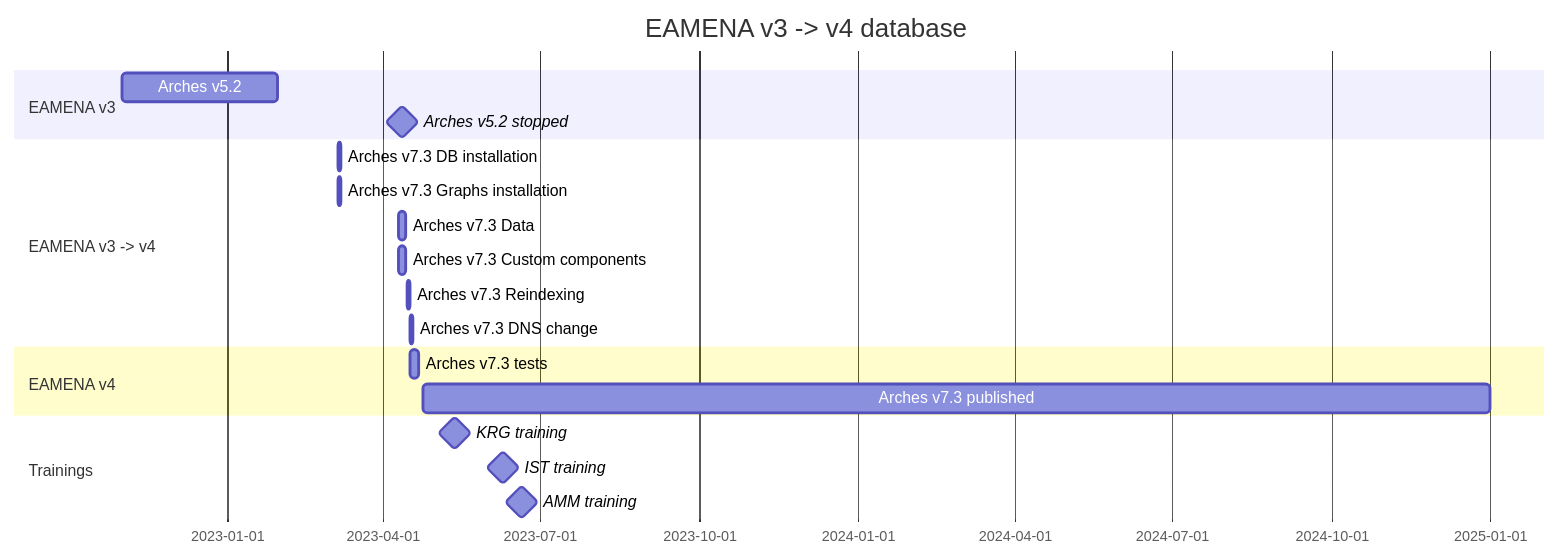
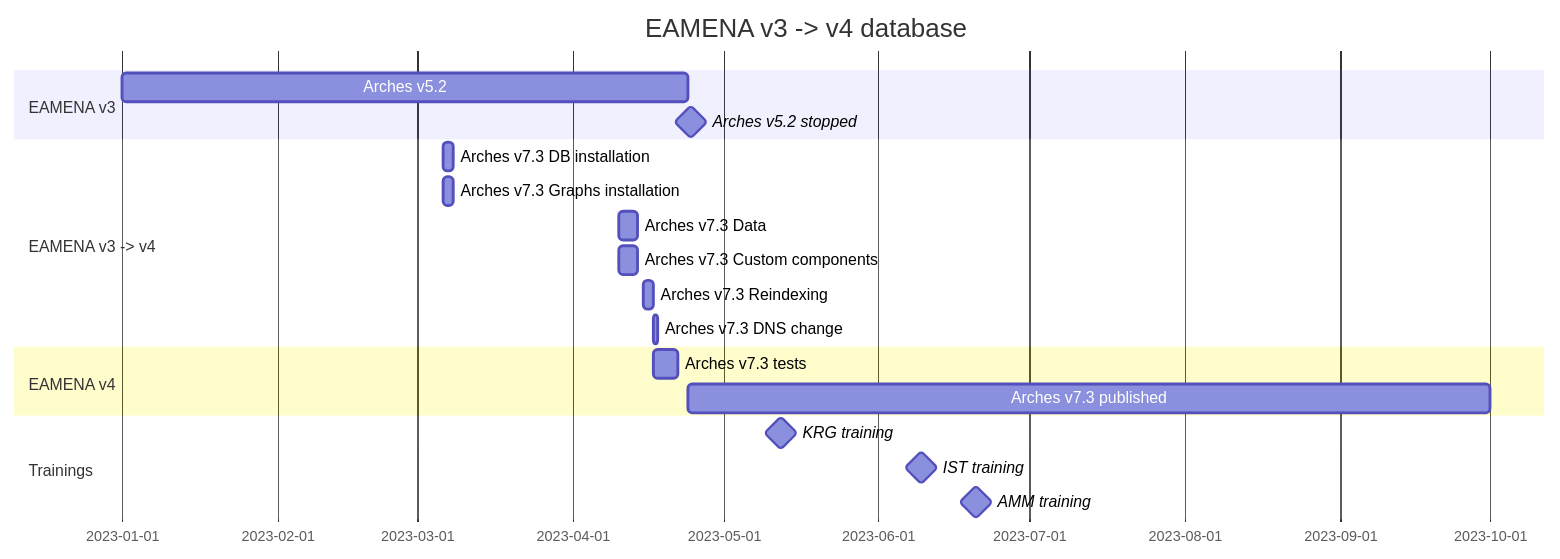
The diagram in dbs/database.eamena/README.md (eamena-project/eamena-arches-dev), drawn with Mermaid before and after one commit.

Commit message:
timeline

````diff
--- a/dbs/database.eamena/README.md
+++ b/dbs/database.eamena/README.md
@@ -5,22 +5,22 @@
 ```mermaid
 gantt
     title EAMENA v3 -> v4 database
     dateFormat  YYYY-MM-DD
     section EAMENA v3
-    Arches v5.2              : a0, 2022-11-01, 90d
-    Arches v5.2 stopped      : milestone, m3, 2023-04-10, 4d
+    Arches v5.2              : a0, 2023-01-01, 2023-04-24
+    Arches v5.2 stopped      : milestone, m3, 2023-04-24, 1d
     section EAMENA v3 -> v4
     Arches v7.3 DB installation        : a1, 2023-03-06, 2d
     Arches v7.3 Graphs installation    : a1, 2023-03-06, 2d
     Arches v7.3 Data                   : a1, 2023-04-10, 4d
     Arches v7.3 Custom components      : a1, 2023-04-10, 4d
     Arches v7.3 Reindexing             : a1, 2023-04-15, 2d
     Arches v7.3 DNS change             : a1, 2023-04-17, 1d
     section EAMENA v4
     Arches v7.3 tests                  : a1, 2023-04-17, 5d
-    Arches v7.3 published              : a1, 2023-04-24, 2025-01-01
+    Arches v7.3 published              : a1, 2023-04-24, 2023-10-01
     section Trainings
     KRG training             : milestone, m3, 2023-05-09, 7d
     IST training             : milestone, m3, 2023-06-06, 7d
     AMM training             : milestone, m3, 2023-06-17, 7d
 ```
````
